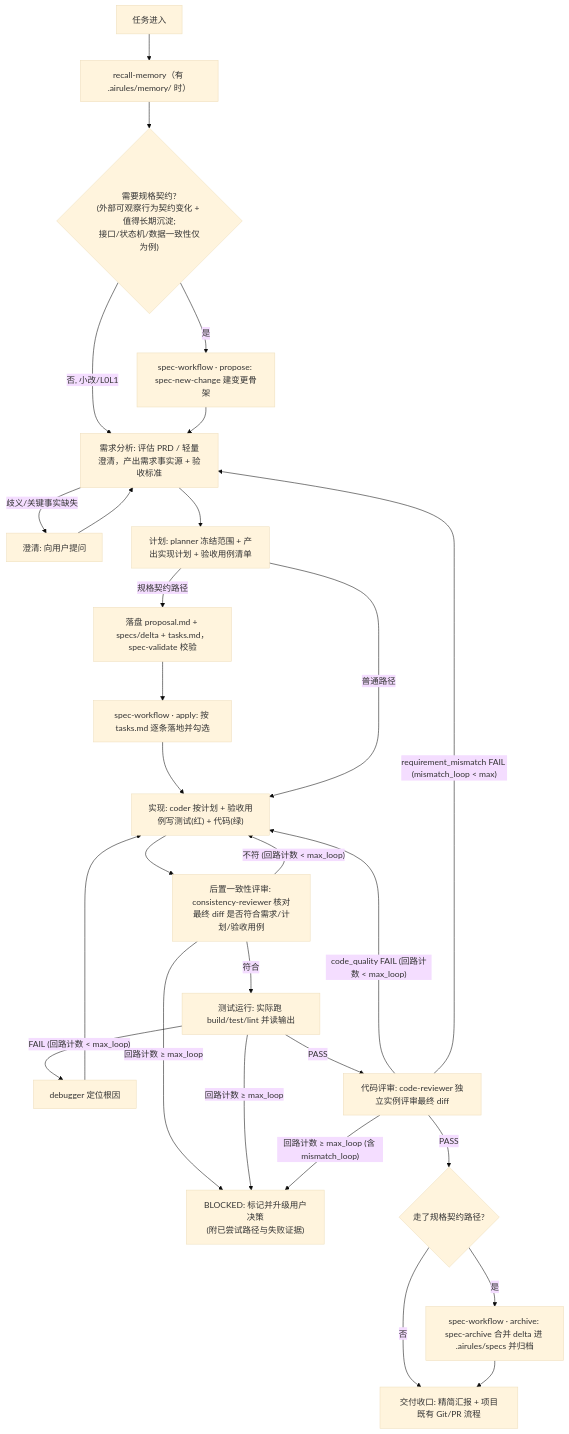
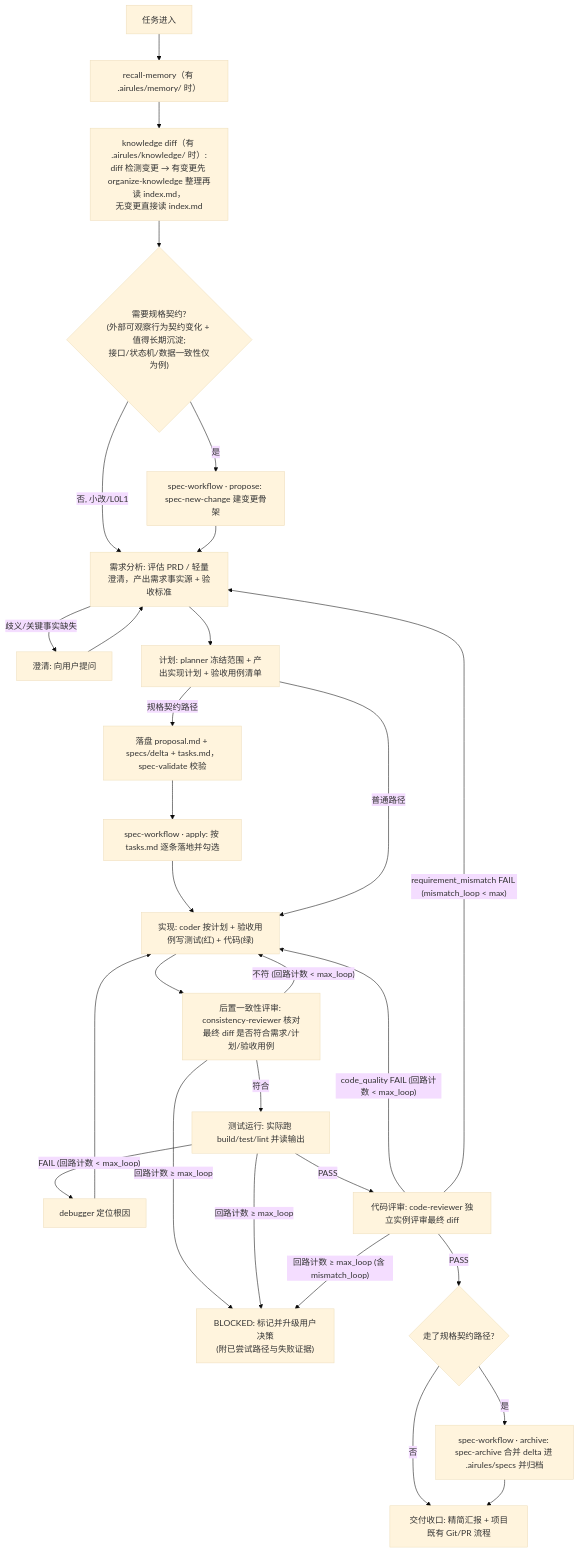
The first of 2 diagrams in rules/AGENTS.md (moluoxixi/AIRules), drawn with Mermaid (base theme) before and after one commit. The commit also changed other lines of this file and 43 other files, not shown here.

````diff
--- a/rules/AGENTS.md
+++ b/rules/AGENTS.md
@@ -7,30 +7,31 @@
 ```mermaid
 flowchart TD
   Intake["任务进入"] --> Recall["recall-memory（有 .airules/memory/ 时）"]
-  Recall --> Gate{"需要规格契约?<br/>(外部可观察行为契约变化 + 值得长期沉淀;<br/>接口/状态机/数据一致性仅为例)"}
+  Recall --> KnowledgeDiff["knowledge diff（有 .airules/knowledge/ 时）:<br/>diff 检测变更 → 有变更先 organize-knowledge 整理再读 index.md，<br/>无变更直接读 index.md"]
+  KnowledgeDiff --> Gate{"需要规格契约?<br/>(外部可观察行为契约变化 + 值得长期沉淀;<br/>接口/状态机/数据一致性仅为例)"}
   Gate -->|否, 小改/L0L1| Req
   Gate -->|是| Propose["spec-workflow · propose: spec-new-change 建变更骨架"]
   Propose --> Req
 
   Req["需求分析: 评估 PRD / 轻量澄清，产出需求事实源 + 验收标准"]
   Req -->|歧义/关键事实缺失| Clarify["澄清: 向用户提问"] --> Req
   Req --> Plan["计划: planner 冻结范围 + 产出实现计划 + 验收用例清单"]
   Plan -->|规格契约路径| Spec["落盘 proposal.md + specs/delta + tasks.md，spec-validate 校验"]
   Spec --> Apply["spec-workflow · apply: 按 tasks.md 逐条落地并勾选"]
   Apply --> Code
   Plan -->|普通路径| Code["实现: coder 按计划 + 验收用例写测试(红) + 代码(绿)"]
   Code --> Consist["后置一致性评审: consistency-reviewer 核对最终 diff 是否符合需求/计划/验收用例"]
   Consist -->|"不符 (回路计数 < max_loop)"| Code
   Consist -->|符合| Test["测试运行: 实际跑 build/test/lint 并读输出"]
   Test -->|"FAIL (回路计数 < max_loop)"| Debug["debugger 定位根因"] --> Code
   Test -->|"PASS"| Review["代码评审: code-reviewer 独立实例评审最终 diff"]
   Review -->|"code_quality FAIL (回路计数 < max_loop)"| Code
   Review -->|"requirement_mismatch FAIL (mismatch_loop < max)"| Req
   Consist -->|"回路计数 ≥ max_loop"| Blocked
   Test -->|"回路计数 ≥ max_loop"| Blocked["BLOCKED: 标记并升级用户决策<br/>(附已尝试路径与失败证据)"]
   Review -->|"回路计数 ≥ max_loop (含 mismatch_loop)"| Blocked
   Review -->|PASS| Archive{"走了规格契约路径?"}
   Archive -->|是| DoArchive["spec-workflow · archive: spec-archive 合并 delta 进 .airules/specs 并归档"]
   Archive -->|否| Done
   DoArchive --> Done["交付收口: 精简汇报 + 项目既有 Git/PR 流程"]
 ```
````
